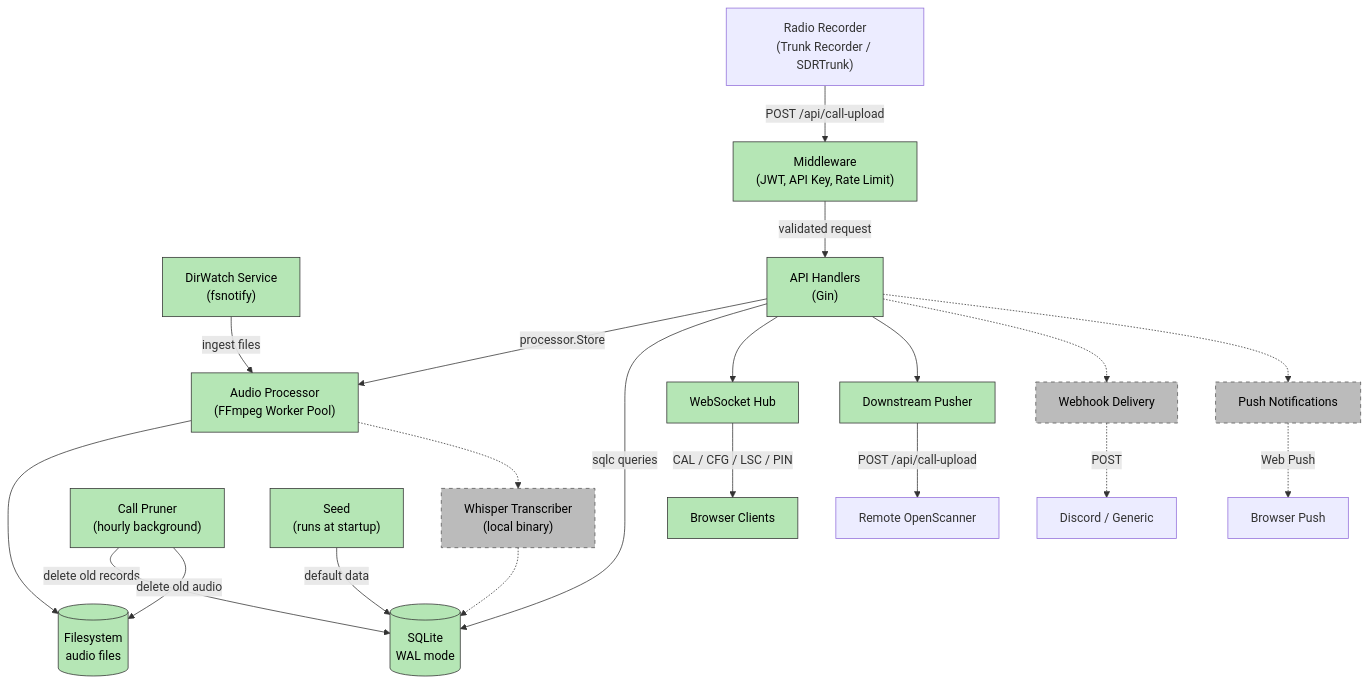
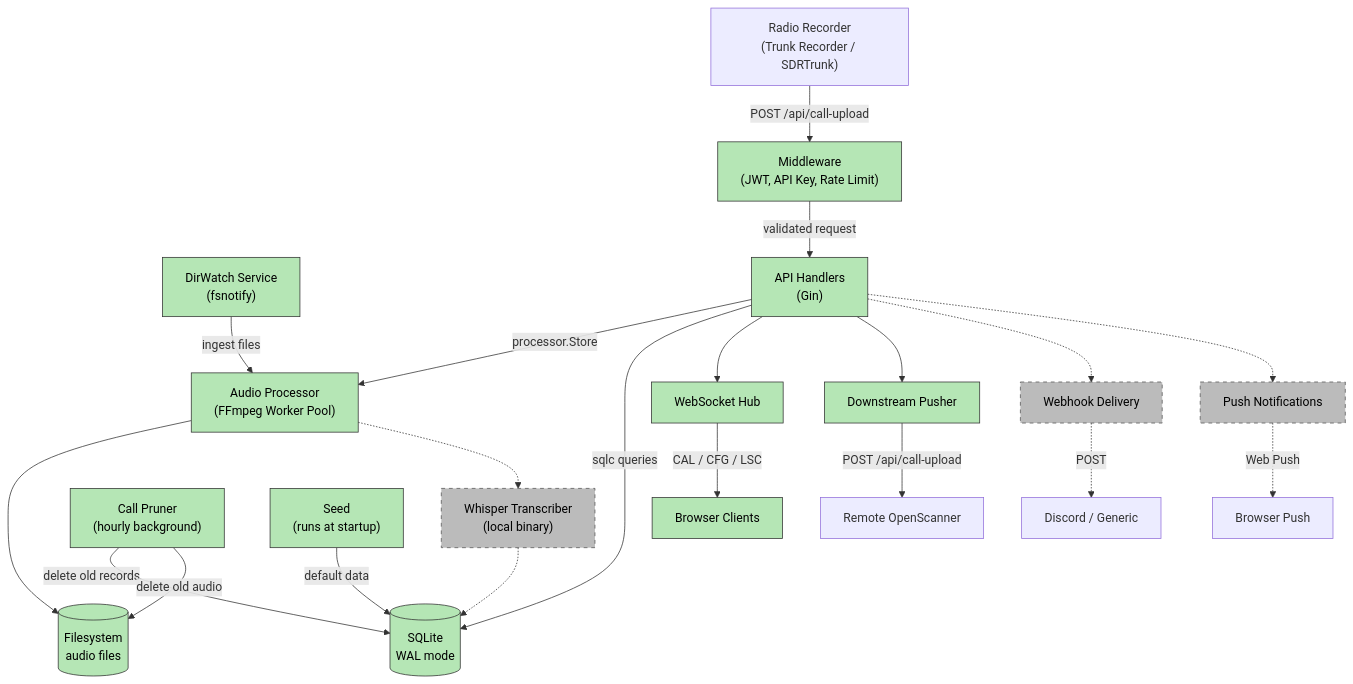
The diagram in docs/architecture.md (revtex/OpenScanner), drawn with Mermaid before and after one commit. The commit also changed other lines of this file and 58 other files, not shown here.

````diff
--- a/docs/architecture.md
+++ b/docs/architecture.md
@@ -13,41 +13,41 @@
 ```mermaid
 graph TD
     Recorder["Radio Recorder<br/>(Trunk Recorder / SDRTrunk)"] -->|POST /api/call-upload| MW
     DirWatch["DirWatch Service<br/>(fsnotify)"] -->|ingest files| Processor
 
     MW["Middleware<br/>(JWT, API Key, Rate Limit)"] -->|validated request| API["API Handlers<br/>(Gin)"]
     API -->|processor.Store| Processor["Audio Processor<br/>(FFmpeg Worker Pool)"]
     Processor --> FS[("Filesystem<br/>audio files")]
     Processor -.-> Transcriber["Whisper Transcriber<br/>(local binary)"]
     API -->|sqlc queries| DB[(SQLite<br/>WAL mode)]
     Transcriber -.-> DB
 
     Pruner["Call Pruner<br/>(hourly background)"] -->|delete old records| DB
     Pruner -->|delete old audio| FS
 
     Seed["Seed<br/>(runs at startup)"] -->|default data| DB
 
     API --> Hub["WebSocket Hub"]
-    Hub -->|CAL / CFG / LSC / PIN| Listeners["Browser Clients"]
+    Hub -->|CAL / CFG / LSC| Listeners["Browser Clients"]
     API --> Downstream["Downstream Pusher"]
     Downstream -->|POST /api/call-upload| RemoteInstance["Remote OpenScanner"]
     API -.-> Webhooks["Webhook Delivery"]
     Webhooks -.->|POST| External["Discord / Generic"]
     API -.-> Push["Push Notifications"]
     Push -.->|Web Push| Browser["Browser Push"]
 
     style MW fill:#b5e6b5,stroke:#333,color:#000
     style API fill:#b5e6b5,stroke:#333,color:#000
     style Processor fill:#b5e6b5,stroke:#333,color:#000
     style FS fill:#b5e6b5,stroke:#333,color:#000
     style DB fill:#b5e6b5,stroke:#333,color:#000
     style Seed fill:#b5e6b5,stroke:#333,color:#000
     style Pruner fill:#b5e6b5,stroke:#333,color:#000
     style Hub fill:#b5e6b5,stroke:#333,color:#000
     style Listeners fill:#b5e6b5,stroke:#333,color:#000
     style Transcriber fill:#bbb,stroke:#555,color:#000,stroke-dasharray: 5 5
     style DirWatch fill:#b5e6b5,stroke:#333,color:#000
     style Downstream fill:#b5e6b5,stroke:#333,color:#000
     style Webhooks fill:#bbb,stroke:#555,color:#000,stroke-dasharray: 5 5
     style Push fill:#bbb,stroke:#555,color:#000,stroke-dasharray: 5 5
 ```
````
